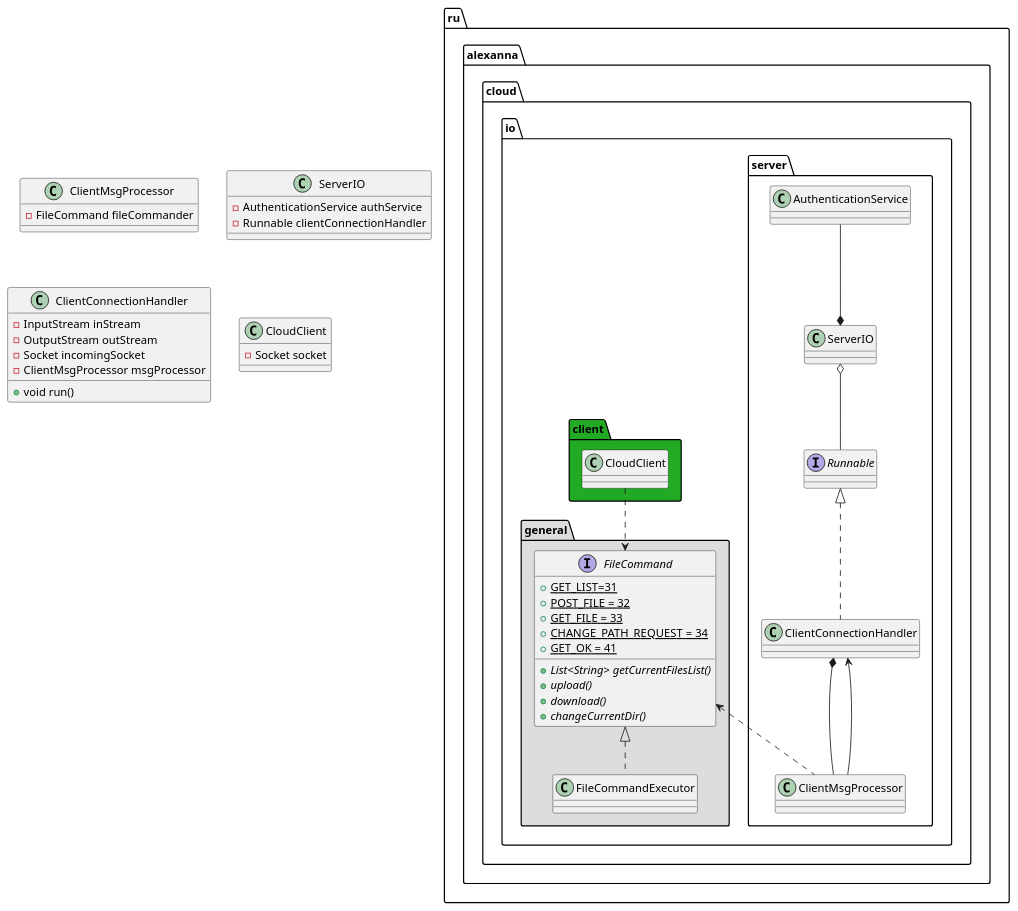
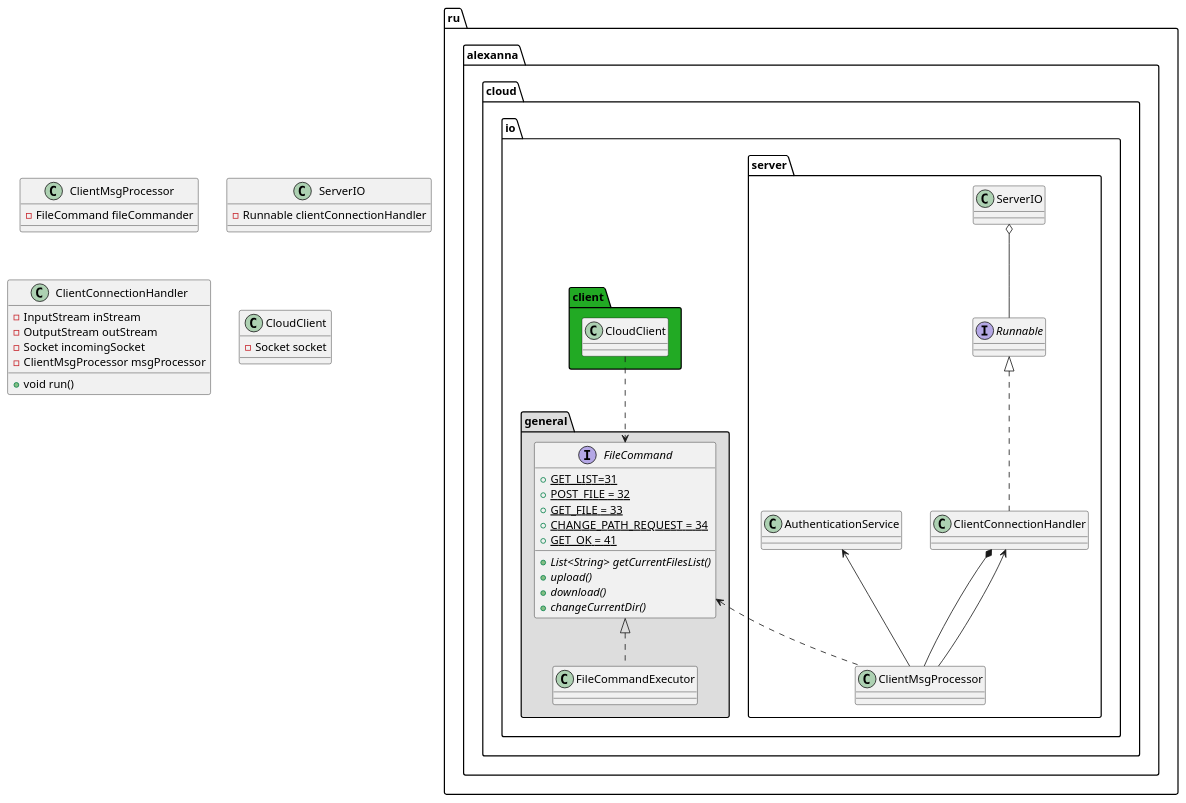
Before and after one commit to AleksOl31/myCloud: the diagram in src/main/java/ru/alexanna/cloud/io/MyCloud.puml, drawn with PlantUML. The commit also changed 5 other files, not shown here.

Commit message:
Развитие серверной части ServerIO в соответстсвии с UML диаграммой (начата реализация аутентификации)

```diff
--- a/src/main/java/ru/alexanna/cloud/io/MyCloud.puml
+++ b/src/main/java/ru/alexanna/cloud/io/MyCloud.puml
@@ -1,60 +1,59 @@
 @startuml
 package "ru.alexanna.cloud.io.server" {
 class ClientConnectionHandler implements Runnable
 ServerIO o-- Runnable
-AuthenticationService --* ServerIO
+AuthenticationService <-- ClientMsgProcessor
 ClientConnectionHandler *-- ClientMsgProcessor
 ClientConnectionHandler <-- ClientMsgProcessor
 ru.alexanna.cloud.io.general.FileCommand <.. ClientMsgProcessor
 
 }
 
 class ClientMsgProcessor {
 - FileCommand fileCommander
 }
 
 class ServerIO {
-- AuthenticationService authService
 - Runnable clientConnectionHandler
 }
 
 class ClientConnectionHandler {
 - InputStream inStream
 - OutputStream outStream
 - Socket incomingSocket
 - ClientMsgProcessor msgProcessor
 + void run()
 }
 
 package "ru.alexanna.cloud.io.general" #DDDDDD {
 class FileCommandExecutor implements FileCommand
 }
 
 interface ru.alexanna.cloud.io.general.FileCommand {
 + {static} GET_LIST=31
 + {static} POST_FILE = 32
 + {static} GET_FILE = 33
 + {static} CHANGE_PATH_REQUEST = 34
 + {static} GET_OK = 41
 + {abstract} List<String> getCurrentFilesList()
 + {abstract} upload()
 + {abstract} download()
 + {abstract} changeCurrentDir()
 '+ {abstract} copy()
 '+ {abstract} delete()
 '+ {abstract} move()
 }
 
 class ru.alexanna.cloud.io.general.FileCommandExecutor {
 
 }
 
 package "ru.alexanna.cloud.io.client" #22AA24 {
 CloudClient ..> ru.alexanna.cloud.io.general.FileCommand
 }
 
 class CloudClient {
 - Socket socket
 }
 
 @enduml
```
